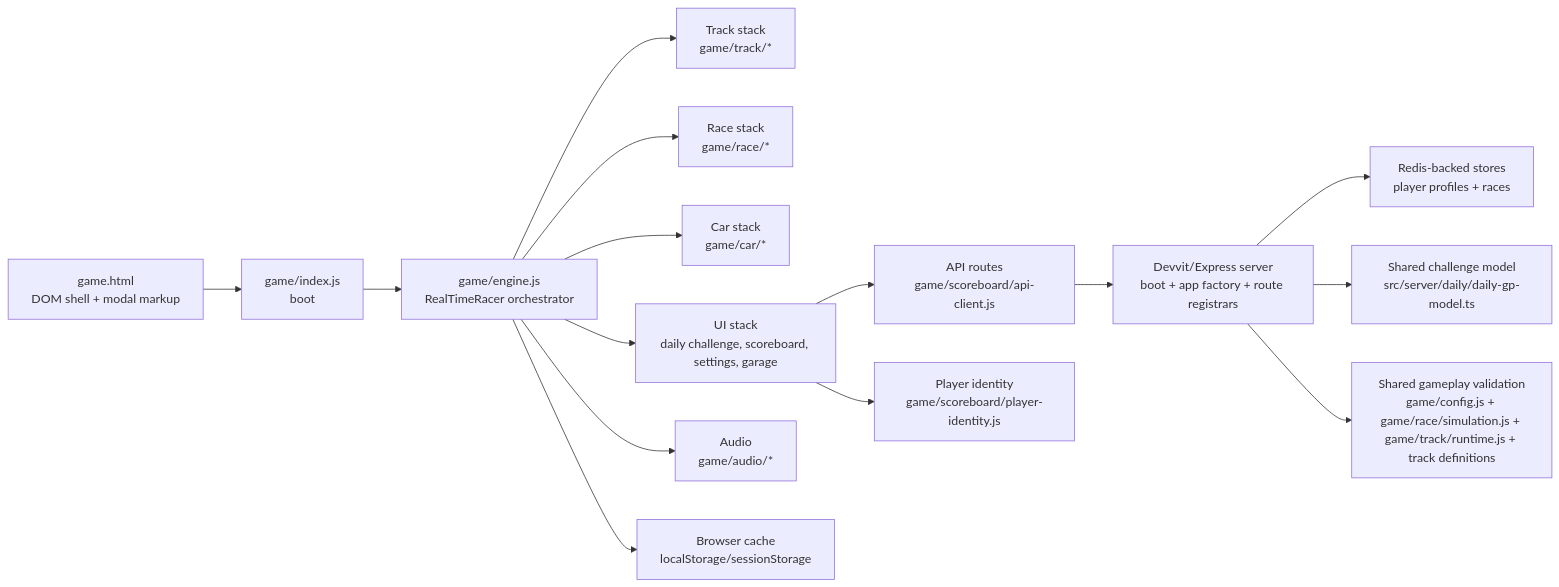
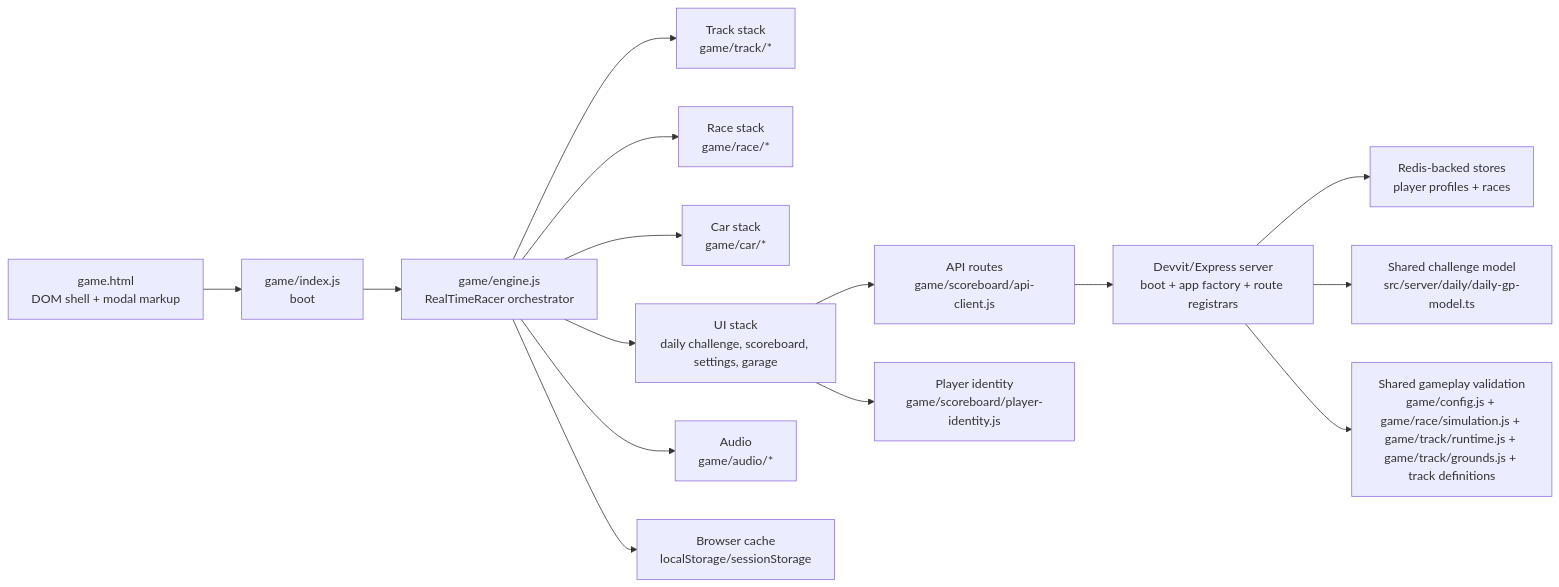
One commit to shimrut/mini-racer changed the diagram in docs/system-change-map.md. Above: the diagram before and after it, drawn with Mermaid. The commit also changed other lines of this file and 120 other files, not shown here.

````diff
--- a/docs/system-change-map.md
+++ b/docs/system-change-map.md
@@ -23,20 +23,20 @@
 ```mermaid
 flowchart LR
     A["game.html<br/>DOM shell + modal markup"] --> B["game/index.js<br/>boot"]
     B --> C["game/engine.js<br/>RealTimeRacer orchestrator"]
 
     C --> D["Track stack<br/>game/track/*"]
     C --> E["Race stack<br/>game/race/*"]
     C --> F["Car stack<br/>game/car/*"]
     C --> G["UI stack<br/>daily challenge, scoreboard, settings, garage"]
     C --> H["Audio<br/>game/audio/*"]
     C --> I["Browser cache<br/>localStorage/sessionStorage"]
 
     G --> J["API routes<br/>game/scoreboard/api-client.js"]
     G --> PI["Player identity<br/>game/scoreboard/player-identity.js"]
     J --> K["Devvit/Express server<br/>boot + app factory + route registrars"]
     K --> L["Redis-backed stores<br/>player profiles + races"]
 
     K --> M["Shared challenge model<br/>src/server/daily/daily-gp-model.ts"]
-    K --> N["Shared gameplay validation<br/>game/config.js + game/race/simulation.js + game/track/runtime.js + track definitions"]
+    K --> N["Shared gameplay validation<br/>game/config.js + game/race/simulation.js + game/track/runtime.js + game/track/grounds.js + track definitions"]
 ```
````
